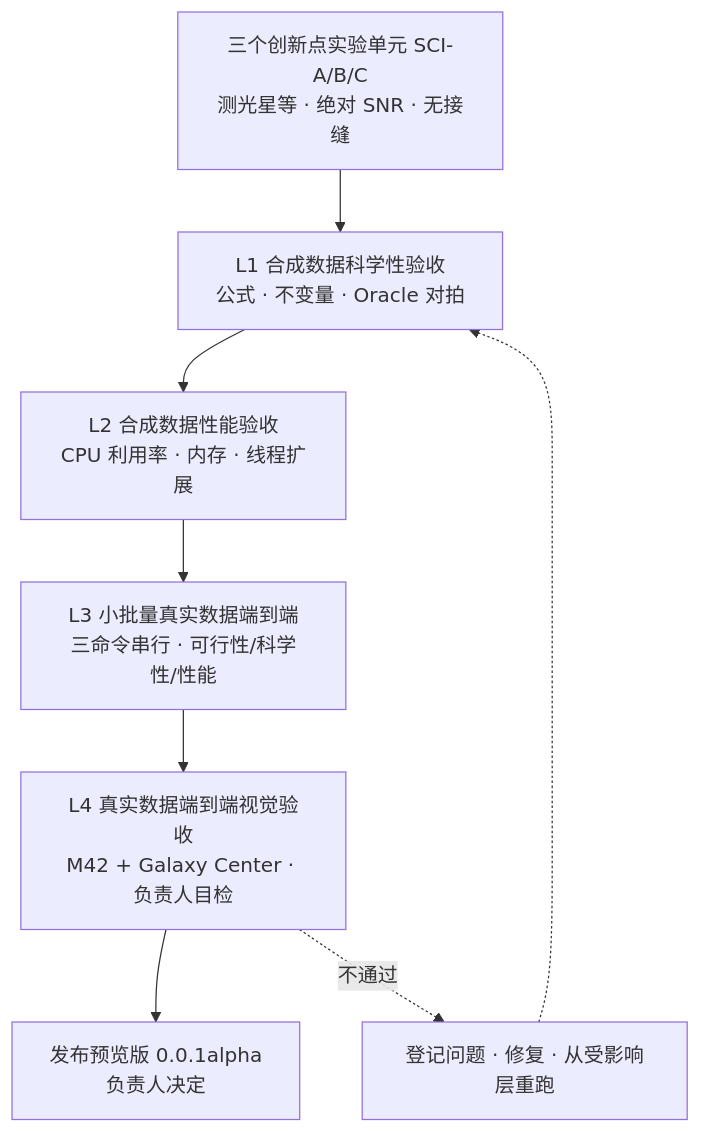
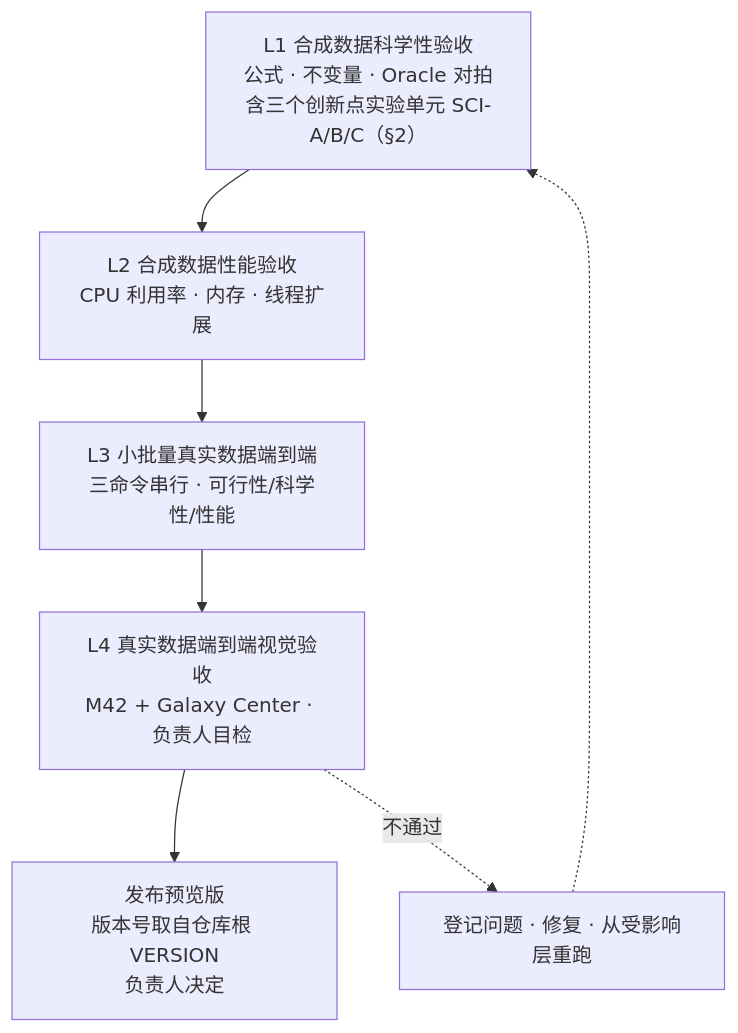
The first of 3 diagrams in ACCEPTANCE_SPEC.md (fujiaze/Astro-CS-Database), drawn with Mermaid before and after one commit. The commit also changed other lines of this file and 209 other files, not shown here.

````diff
--- a/ACCEPTANCE_SPEC.md
+++ b/ACCEPTANCE_SPEC.md
@@ -7,11 +7,10 @@
 ```mermaid
 flowchart TB
-    L0["三个创新点实验单元 SCI-A/B/C<br/>测光星等 · 绝对 SNR · 无接缝"]
-    L1["L1 合成数据科学性验收<br/>公式 · 不变量 · Oracle 对拍"]
+    L1["L1 合成数据科学性验收<br/>公式 · 不变量 · Oracle 对拍<br/>含三个创新点实验单元 SCI-A/B/C（§2）"]
     L2["L2 合成数据性能验收<br/>CPU 利用率 · 内存 · 线程扩展"]
     L3["L3 小批量真实数据端到端<br/>三命令串行 · 可行性/科学性/性能"]
     L4["L4 真实数据端到端视觉验收<br/>M42 + Galaxy Center · 负责人目检"]
-    REL["发布预览版 0.0.1alpha<br/>负责人决定"]
-    L0 --> L1 --> L2 --> L3 --> L4 --> REL
+    REL["发布预览版<br/>版本号取自仓库根 VERSION<br/>负责人决定"]
+    L1 --> L2 --> L3 --> L4 --> REL
     L4 -.不通过.-> FIX["登记问题 · 修复 · 从受影响层重跑"] -.-> L1
 ```
````
